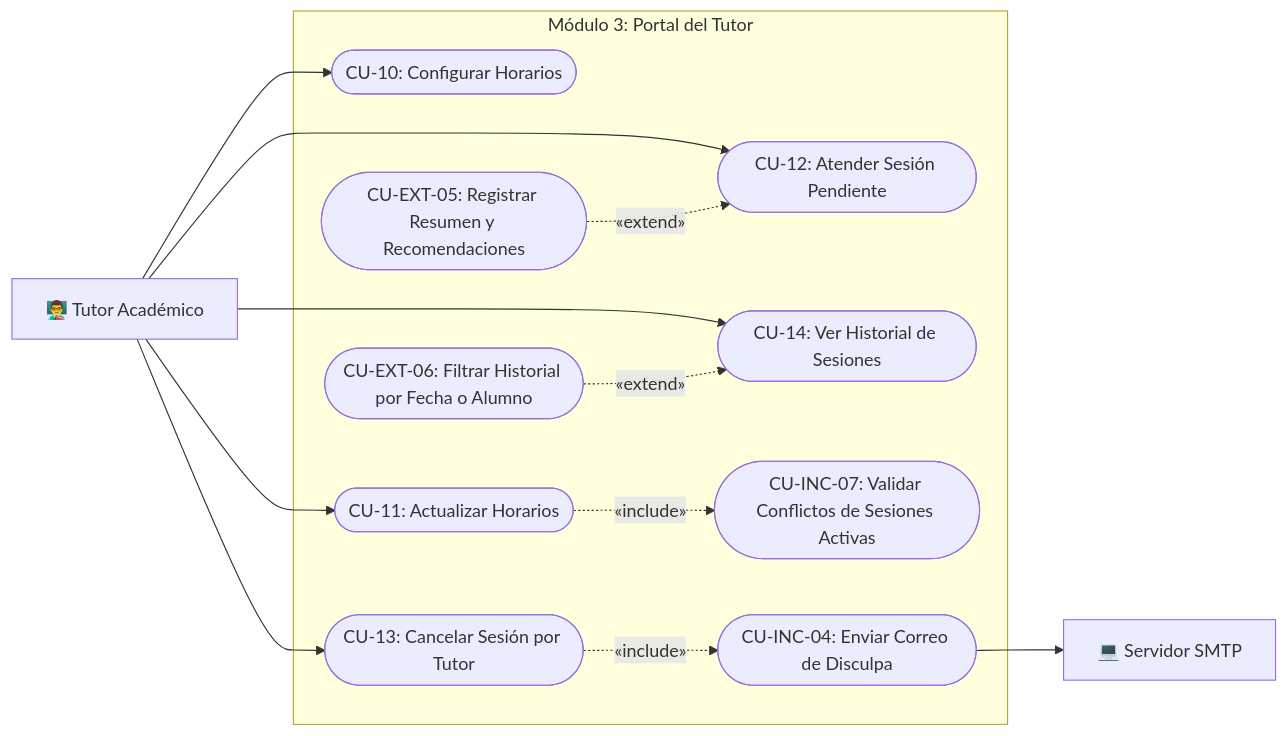
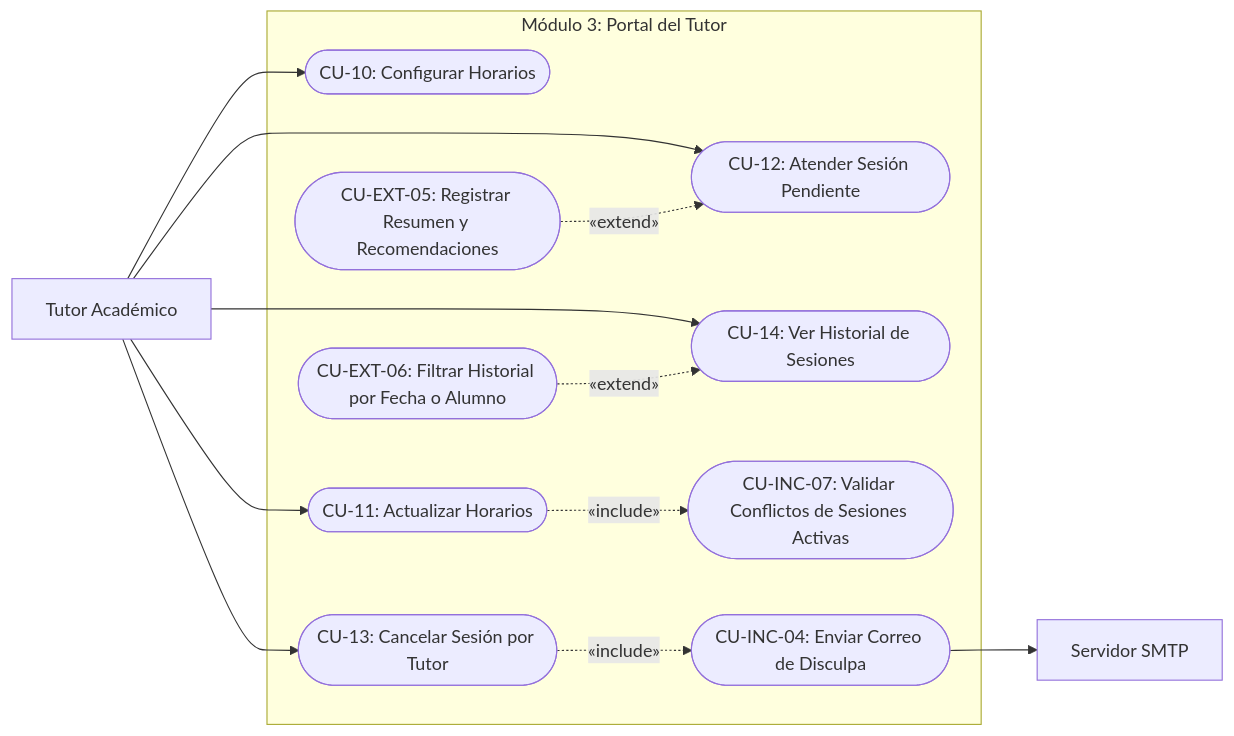
The seventh of 8 diagrams in docs/casos-de-uso/diagrama-casos-de-uso.md (Sebastian-G-0607/AYD1_2S_G7), drawn with Mermaid before and after one commit. The commit also changed other lines of this file, not shown here.

Commit message:
fix: eliminar emojis e iconos del markdown de diagramas de casos de uso

````diff
--- a/docs/casos-de-uso/diagrama-casos-de-uso.md
+++ b/docs/casos-de-uso/diagrama-casos-de-uso.md
@@ -254,30 +254,30 @@
 ```mermaid
 flowchart LR
-    Tut["👨‍🏫 Tutor Académico"]
-    Smtp["💻 Servidor SMTP"]
+    Tut["Tutor Académico"]
+    Smtp["Servidor SMTP"]
 
     subgraph ModuloTutor ["Módulo 3: Portal del Tutor"]
         CU10(["CU-10: Configurar Horarios"])
         CU11(["CU-11: Actualizar Horarios"])
         CU12(["CU-12: Atender Sesión Pendiente"])
         CU13(["CU-13: Cancelar Sesión por Tutor"])
         CU14(["CU-14: Ver Historial de Sesiones"])
 
         INC_CONFLICT(["CU-INC-07: Validar Conflictos de Sesiones Activas"])
         INC_NOTIF(["CU-INC-04: Enviar Correo de Disculpa"])
         EXT_SUMMARY(["CU-EXT-05: Registrar Resumen y Recomendaciones"])
         EXT_FILTER(["CU-EXT-06: Filtrar Historial por Fecha o Alumno"])
     end
 
     Tut --> CU10
     Tut --> CU11
     Tut --> CU12
     Tut --> CU13
     Tut --> CU14
 
     CU11 -.->|«include»| INC_CONFLICT
     CU13 -.->|«include»| INC_NOTIF
     INC_NOTIF --> Smtp
     EXT_SUMMARY -.->|«extend»| CU12
     EXT_FILTER -.->|«extend»| CU14
 ```
````
